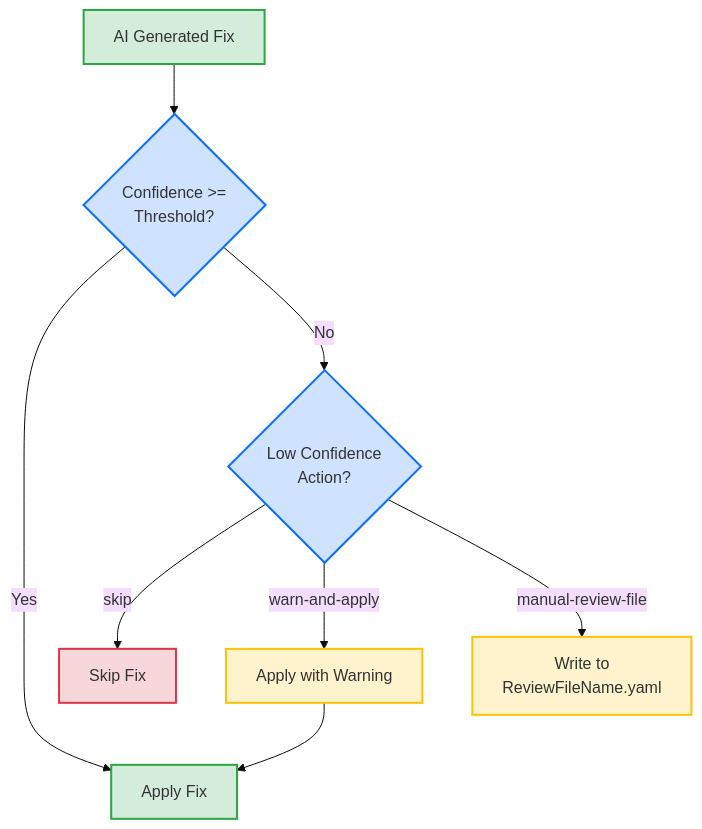
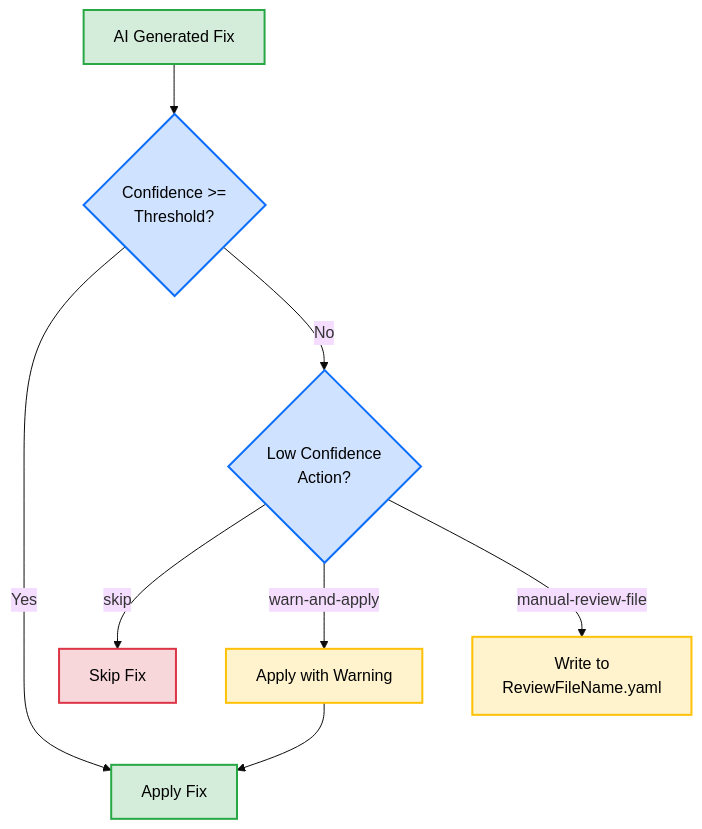
Before and after one commit to tsanders-rh/kantra-ai: the fifth of 6 diagrams in docs/WORKFLOW.md, drawn with Mermaid (base theme). The commit also changed other lines of this file, not shown here.

First line of the commit message:
Improve diagram text contrast for readability

````diff
--- a/docs/WORKFLOW.md
+++ b/docs/WORKFLOW.md
@@ -108,21 +108,21 @@
 ```mermaid
 flowchart TB
     Fix[AI Generated Fix] --> Check{Confidence >=<br/>Threshold?}
 
     Check -->|Yes| Apply[Apply Fix]
     Check -->|No| Action{Low Confidence<br/>Action?}
 
     Action -->|skip| Skip[Skip Fix]
     Action -->|warn-and-apply| Warn[Apply with Warning]
     Action -->|manual-review-file| Review[Write to<br/>ReviewFileName.yaml]
 
     Warn --> Apply
 
-    style Fix fill:#d4edda,stroke:#28a745,stroke-width:2px
-    style Check fill:#cfe2ff,stroke:#0d6efd,stroke-width:2px
-    style Apply fill:#d4edda,stroke:#28a745,stroke-width:2px
-    style Action fill:#cfe2ff,stroke:#0d6efd,stroke-width:2px
-    style Skip fill:#f8d7da,stroke:#dc3545,stroke-width:2px
-    style Warn fill:#fff3cd,stroke:#ffc107,stroke-width:2px
-    style Review fill:#fff3cd,stroke:#ffc107,stroke-width:2px
+    style Fix fill:#d4edda,stroke:#28a745,stroke-width:2px,color:#000
+    style Check fill:#cfe2ff,stroke:#0d6efd,stroke-width:2px,color:#000
+    style Apply fill:#d4edda,stroke:#28a745,stroke-width:2px,color:#000
+    style Action fill:#cfe2ff,stroke:#0d6efd,stroke-width:2px,color:#000
+    style Skip fill:#f8d7da,stroke:#dc3545,stroke-width:2px,color:#000
+    style Warn fill:#fff3cd,stroke:#ffc107,stroke-width:2px,color:#000
+    style Review fill:#fff3cd,stroke:#ffc107,stroke-width:2px,color:#000
 ```
````
